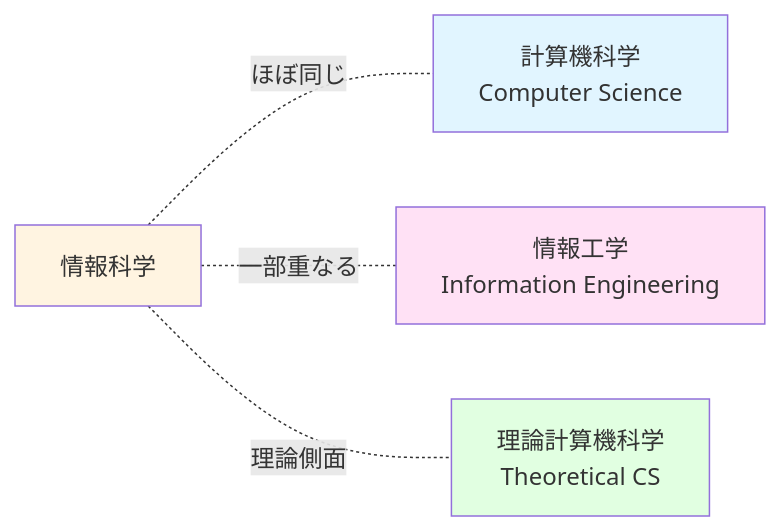
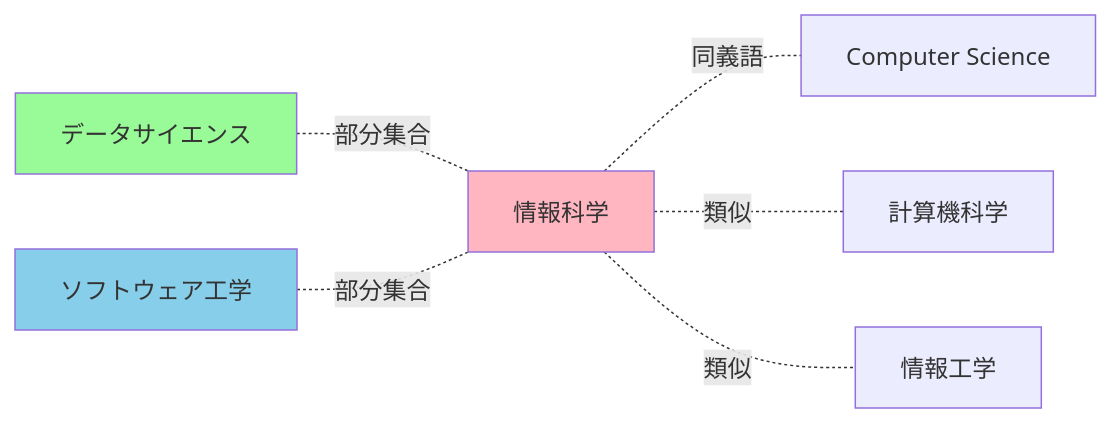
One commit to SparklingDetergent/doc_genai_mental_model changed the tenth of 20 diagrams in AI/BySpecialty/InformationScience/README.MD. Above: the diagram before and after it, drawn with Mermaid. The commit also changed other lines of this file, not shown here.

````diff
--- a/AI/BySpecialty/InformationScience/README.MD
+++ b/AI/BySpecialty/InformationScience/README.MD
@@ -305,11 +263,13 @@
 ```mermaid
 graph LR
-    A[情報科学] -.ほぼ同じ.- B[計算機科学<br/>Computer Science]
-    A -.一部重なる.- C[情報工学<br/>Information Engineering]
-    A -.理論側面.- D[理論計算機科学<br/>Theoretical CS]
+    A[情報科学] -.同義語.- B[Computer Science]
+    A -.類似.- C[計算機科学]
+    A -.類似.- D[情報工学]
     
-    style A fill:#fff4e1
-    style B fill:#e1f5ff
-    style C fill:#ffe1f5
-    style D fill:#e1ffe1
+    E[データサイエンス] -.部分集合.- A
+    F[ソフトウェア工学] -.部分集合.- A
+    
+    style A fill:#FFB6C1
+    style E fill:#98FB98
+    style F fill:#87CEEB
 ```
````
